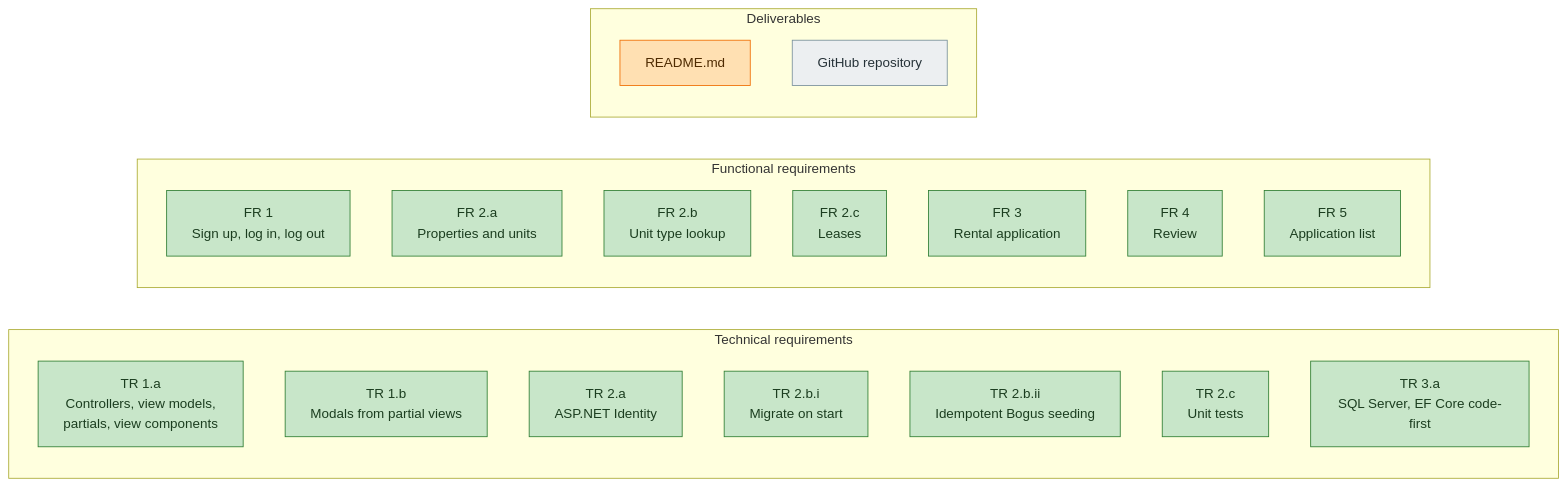
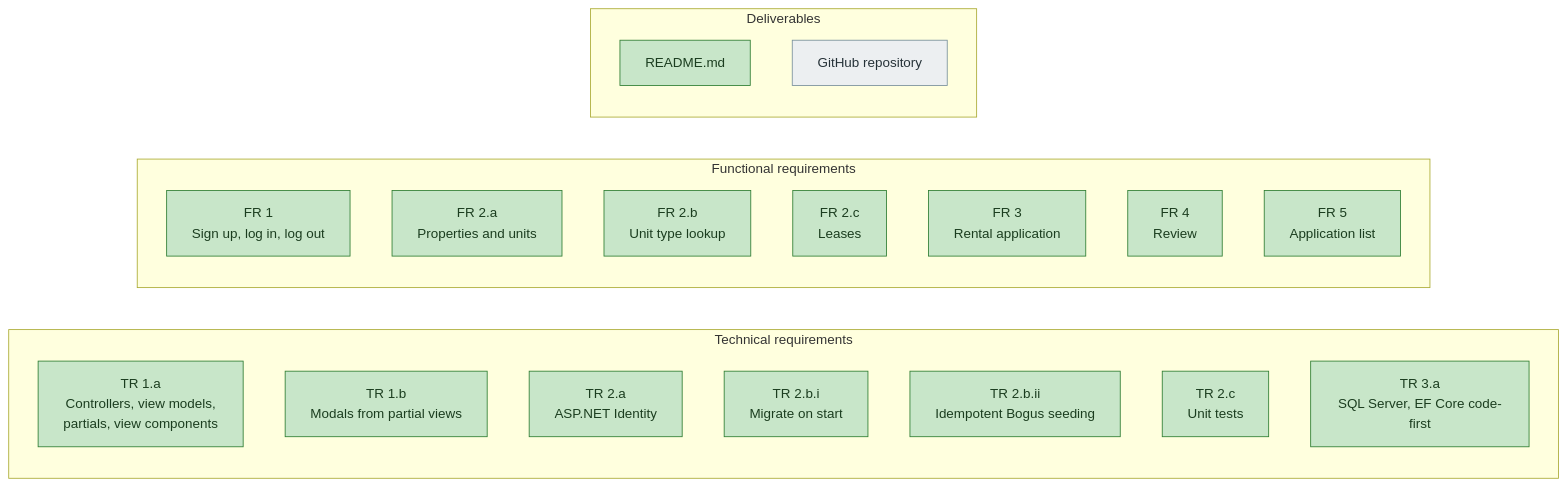
One commit to breps83/troy-rentalportal changed the first of 7 diagrams in docs/diagrams.md. Above: the diagram before and after it, drawn with Mermaid. The commit also changed other lines of this file and 3 other files, not shown here.

````diff
--- a/docs/diagrams.md
+++ b/docs/diagrams.md
@@ -20,31 +20,31 @@
 ```mermaid
 flowchart LR
     classDef done fill:#c8e6c9,stroke:#2e7d32,color:#1b3d1f
     classDef partial fill:#ffe0b2,stroke:#ef6c00,color:#4e2a00
     classDef todo fill:#eceff1,stroke:#78909c,color:#263238
 
     subgraph TR["Technical requirements"]
         TR1a["TR 1.a<br/>Controllers, view models,<br/>partials, view components"]:::done
         TR1b["TR 1.b<br/>Modals from partial views"]:::done
         TR2a["TR 2.a<br/>ASP.NET Identity"]:::done
         TR2b1["TR 2.b.i<br/>Migrate on start"]:::done
         TR2b2["TR 2.b.ii<br/>Idempotent Bogus seeding"]:::done
         TR2c["TR 2.c<br/>Unit tests"]:::done
         TR3["TR 3.a<br/>SQL Server, EF Core code-first"]:::done
     end
 
     subgraph FR["Functional requirements"]
         FR1["FR 1<br/>Sign up, log in, log out"]:::done
         FR2a["FR 2.a<br/>Properties and units"]:::done
         FR2b["FR 2.b<br/>Unit type lookup"]:::done
         FR2c["FR 2.c<br/>Leases"]:::done
         FR3["FR 3<br/>Rental application"]:::done
         FR4["FR 4<br/>Review"]:::done
         FR5["FR 5<br/>Application list"]:::done
     end
 
     subgraph DL["Deliverables"]
-        README["README.md"]:::partial
+        README["README.md"]:::done
         GH["GitHub repository"]:::todo
     end
 ```
````
